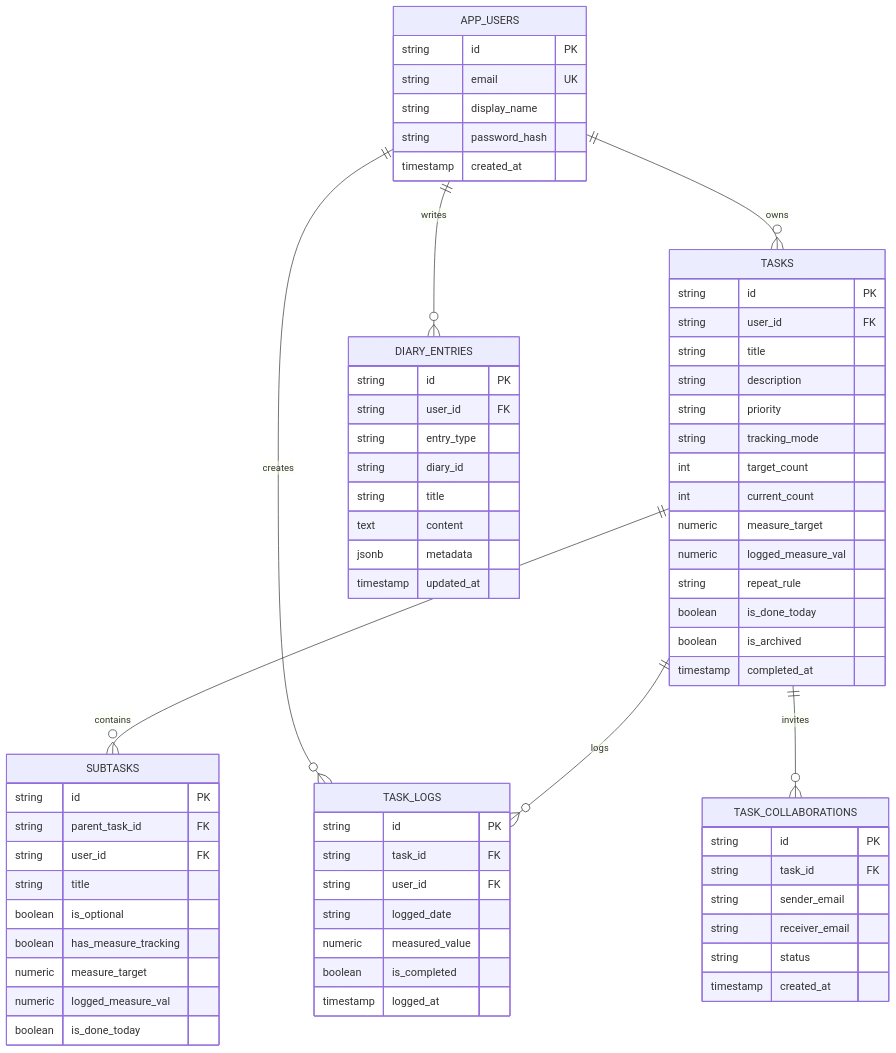
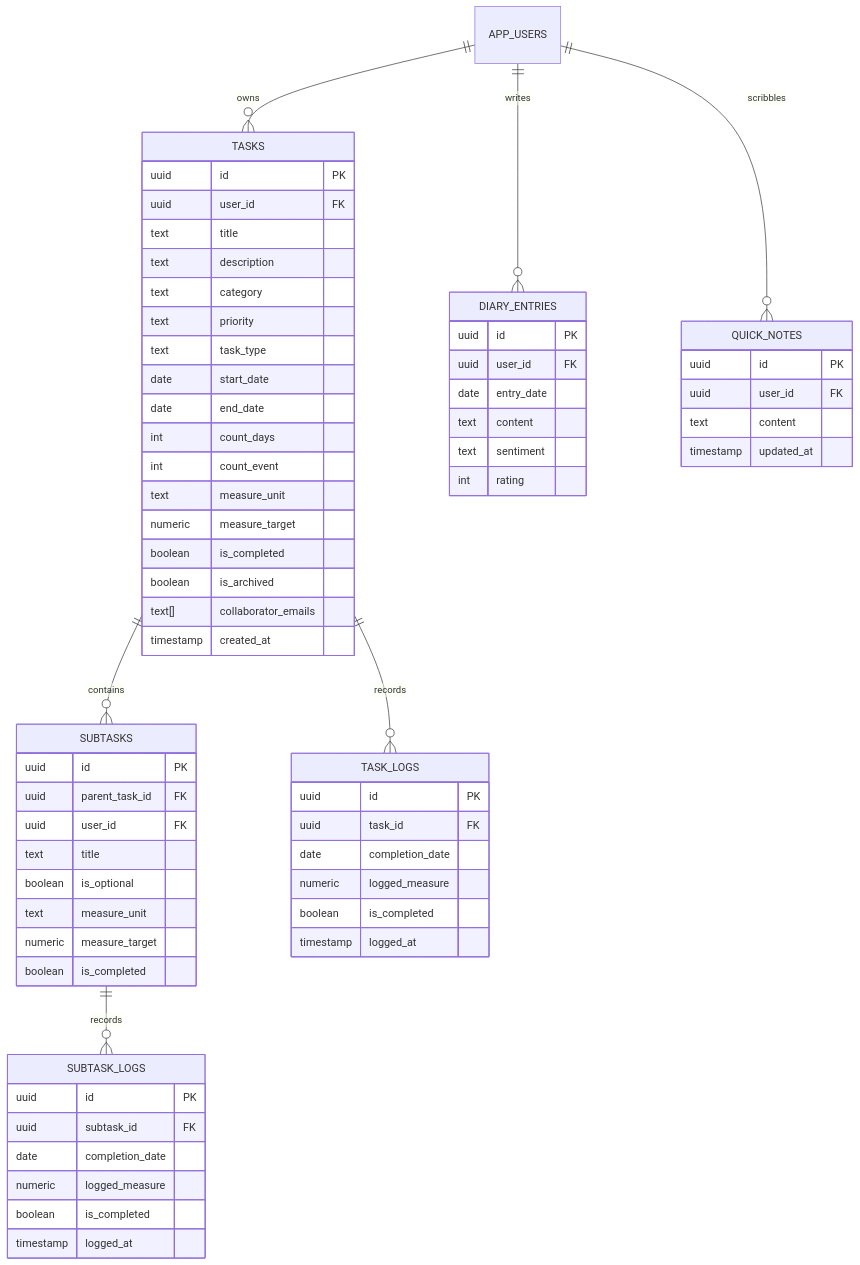
The third of 3 diagrams in README.md (premnarayn13/Habit_Hacker), drawn with Mermaid before and after one commit. The commit also changed other lines of this file, not shown here.

Commit message:
docs: comprehensive rewrite of README with mathematical models, UI breakdown, and architecture

````diff
--- a/README.md
+++ b/README.md
@@ -250,76 +416,74 @@
 ```mermaid
 erDiagram
     APP_USERS ||--o{ TASKS : owns
-    APP_USERS ||--o{ TASK_LOGS : creates
     APP_USERS ||--o{ DIARY_ENTRIES : writes
+    APP_USERS ||--o{ QUICK_NOTES : scribbles
     TASKS ||--o{ SUBTASKS : contains
-    TASKS ||--o{ TASK_LOGS : logs
-    TASKS ||--o{ TASK_COLLABORATIONS : invites
+    TASKS ||--o{ TASK_LOGS : records
+    SUBTASKS ||--o{ SUBTASK_LOGS : records
 
-    APP_USERS {
-        string id PK
-        string email UK
-        string display_name
-        string password_hash
+    TASKS {
+        uuid id PK
+        uuid user_id FK
+        text title
+        text description
+        text category
+        text priority
+        text task_type
+        date start_date
+        date end_date
+        int count_days
+        int count_event
+        text measure_unit
+        numeric measure_target
+        boolean is_completed
+        boolean is_archived
+        text[] collaborator_emails
         timestamp created_at
     }
 
-    TASKS {
-        string id PK
-        string user_id FK
-        string title
-        string description
-        string priority
-        string tracking_mode
-        int target_count
-        int current_count
+    SUBTASKS {
+        uuid id PK
+        uuid parent_task_id FK
+        uuid user_id FK
+        text title
+        boolean is_optional
+        text measure_unit
         numeric measure_target
-        numeric logged_measure_val
-        string repeat_rule
-        boolean is_done_today
-        boolean is_archived
-        timestamp completed_at
-    }
-
-    SUBTASKS {
-        string id PK
-        string parent_task_id FK
-        string user_id FK
-        string title
-        boolean is_optional
-        boolean has_measure_tracking
-        numeric measure_target
-        numeric logged_measure_val
-        boolean is_done_today
+        boolean is_completed
     }
 
     TASK_LOGS {
-        string id PK
-        string task_id FK
-        string user_id FK
-        string logged_date
-        numeric measured_value
+        uuid id PK
+        uuid task_id FK
+        date completion_date
+        numeric logged_measure
         boolean is_completed
         timestamp logged_at
     }
 
-    TASK_COLLABORATIONS {
-        string id PK
-        string task_id FK
-        string sender_email
-        string receiver_email
-        string status
-        timestamp created_at
+    SUBTASK_LOGS {
+        uuid id PK
+        uuid subtask_id FK
+        date completion_date
+        numeric logged_measure
+        boolean is_completed
+        timestamp logged_at
     }
 
     DIARY_ENTRIES {
-        string id PK
-        string user_id FK
-        string entry_type
-        string diary_id
-        string title
+        uuid id PK
+        uuid user_id FK
+        date entry_date
         text content
-        jsonb metadata
+        text sentiment
+        int rating
+    }
+
+    QUICK_NOTES {
+        uuid id PK
+        uuid user_id FK
+        text content
         timestamp updated_at
     }
 ```
````
